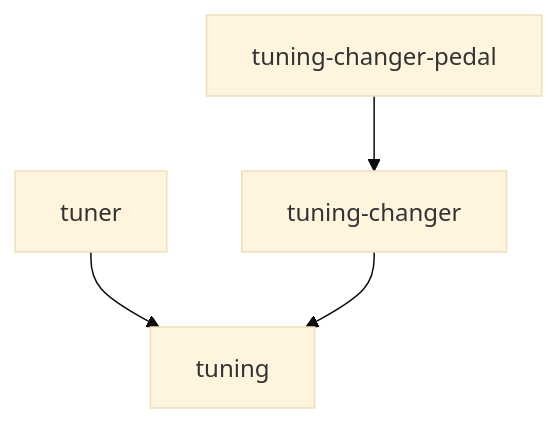
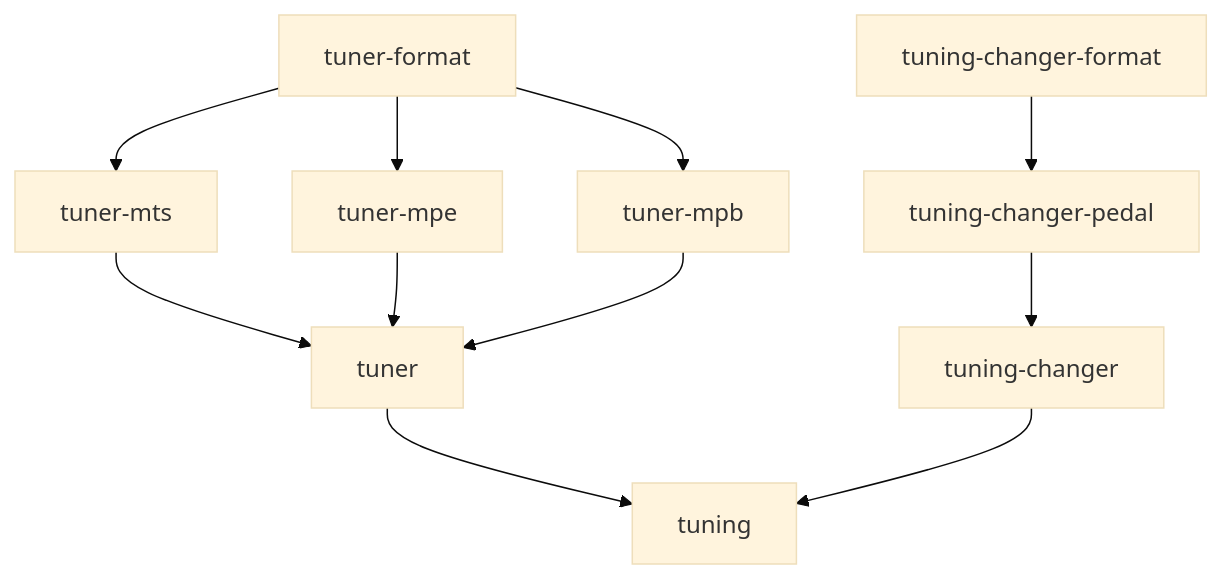
Before and after one commit to calinburloiu/microtonalist: the diagram in tuner/README.md, drawn with Mermaid (base theme). The commit also changed other lines of this file and 283 other files, not shown here.

First line of the commit message:
[#366/#380] Give each tuner a module, and split format by the module it formats (#381)

````diff
--- a/tuner/README.md
+++ b/tuner/README.md
@@ -17,6 +25,9 @@
 ```mermaid
 flowchart TD
+  tunerFormat["tuner-format"] --> tunerMts["tuner-mts"] & tunerMpe["tuner-mpe"] & tunerMpb["tuner-mpb"]
+  tunerMts & tunerMpe & tunerMpb --> tuner
   tuner --> tuning
-  tuningChanger["tuning-changer"] --> tuning
-  tuningChangerPedal["tuning-changer-pedal"] --> tuningChanger
+  tuningChangerFormat["tuning-changer-format"] --> tuningChangerPedal["tuning-changer-pedal"]
+  tuningChangerPedal --> tuningChanger["tuning-changer"]
+  tuningChanger --> tuning
 ```
````
